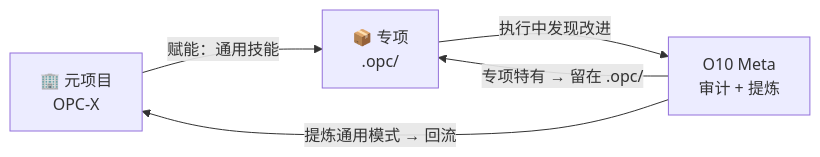
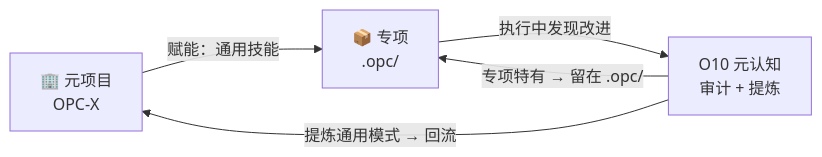
The third of 4 diagrams in AGENT.md (opc-x/opc-x), drawn with Mermaid before and after one commit. The commit also changed other lines of this file, not shown here.

````diff
--- a/AGENT.md
+++ b/AGENT.md
@@ -73,11 +119,11 @@
 ```mermaid
 graph LR
     META["🏢 元项目\nOPC-X"]
     SUB["📦 专项\n.opc/"]
-    O10["O10 Meta\n审计 + 提炼"]
+    O10["O10 元认知\n审计 + 提炼"]
 
     META -->|"赋能：通用技能"| SUB
     SUB -->|"执行中发现改进"| O10
     O10 -->|"提炼通用模式 → 回流"| META
     O10 -->|"专项特有 → 留在 .opc/"| SUB
 ```
````
